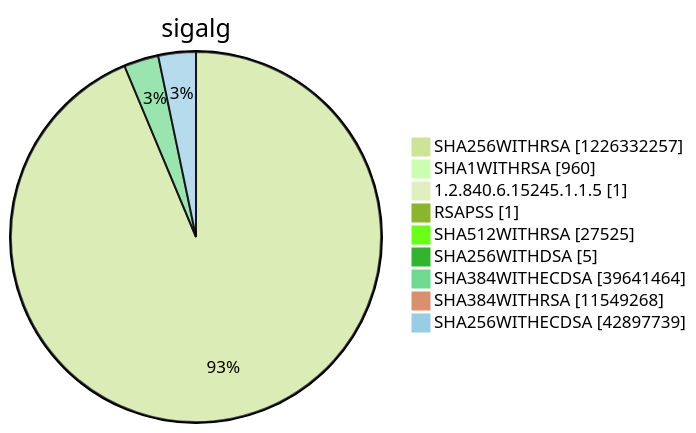
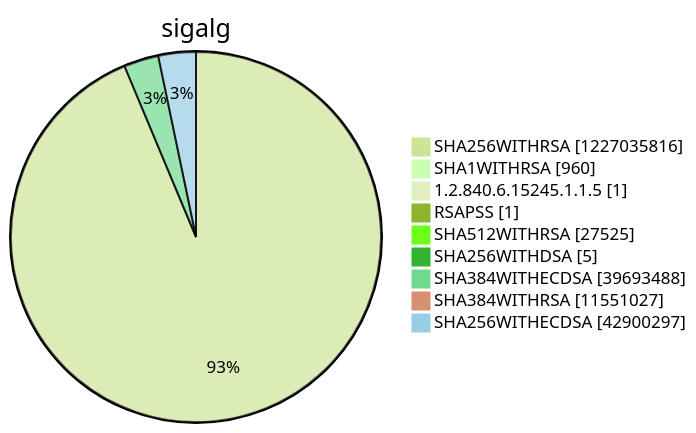
Diagram 15 of 15 in argon2022/README.md (christiankrug/ctmonitor_visualization), drawn with Mermaid (forest theme) before and after one commit. The commit also changed other lines of this file, not shown here.

````diff
--- a/argon2022/README.md
+++ b/argon2022/README.md
@@ -5521,13 +5522,13 @@
 ```mermaid
 pie showData
 title sigalg
-"SHA256WITHRSA" :1226332257
+"SHA256WITHRSA" :1227035816
 "SHA1WITHRSA" :960
 "1.2.840.6.15245.1.1.5" :1
 "RSAPSS" :1
 "SHA512WITHRSA" :27525
 "SHA256WITHDSA" :5
-"SHA384WITHECDSA" :39641464
-"SHA384WITHRSA" :11549268
-"SHA256WITHECDSA" :42897739
+"SHA384WITHECDSA" :39693488
+"SHA384WITHRSA" :11551027
+"SHA256WITHECDSA" :42900297
 ```
````
